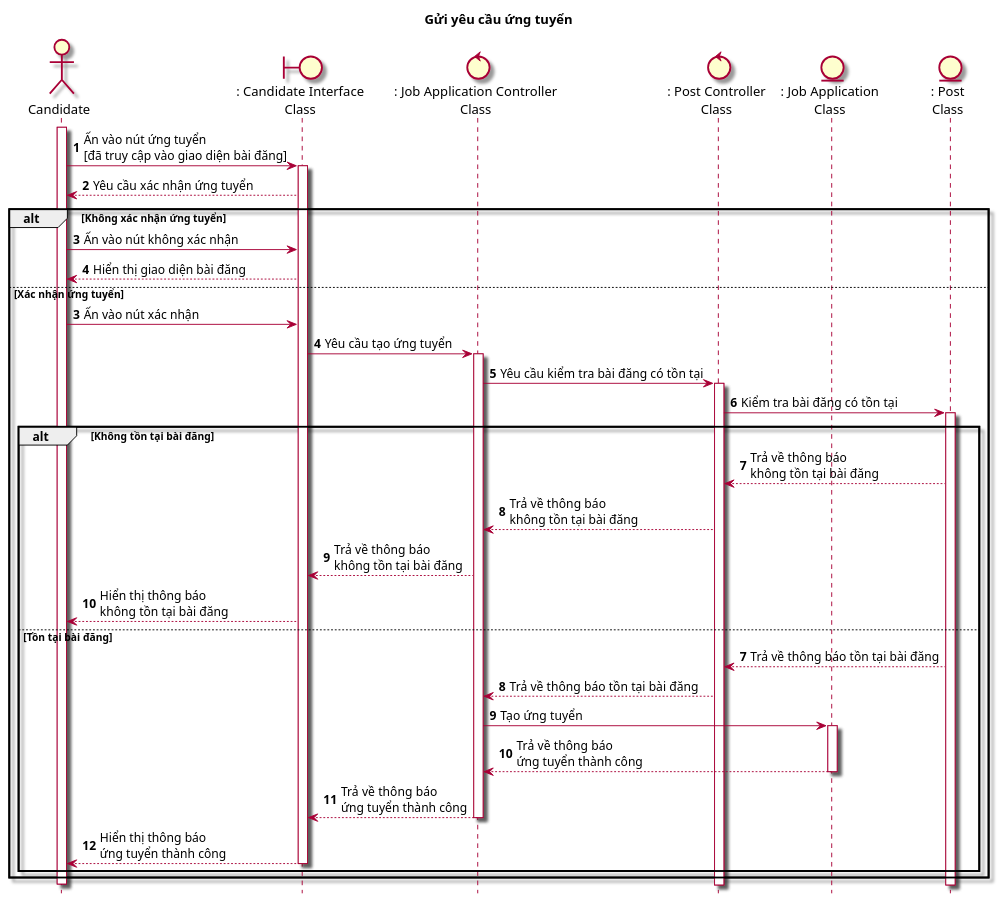
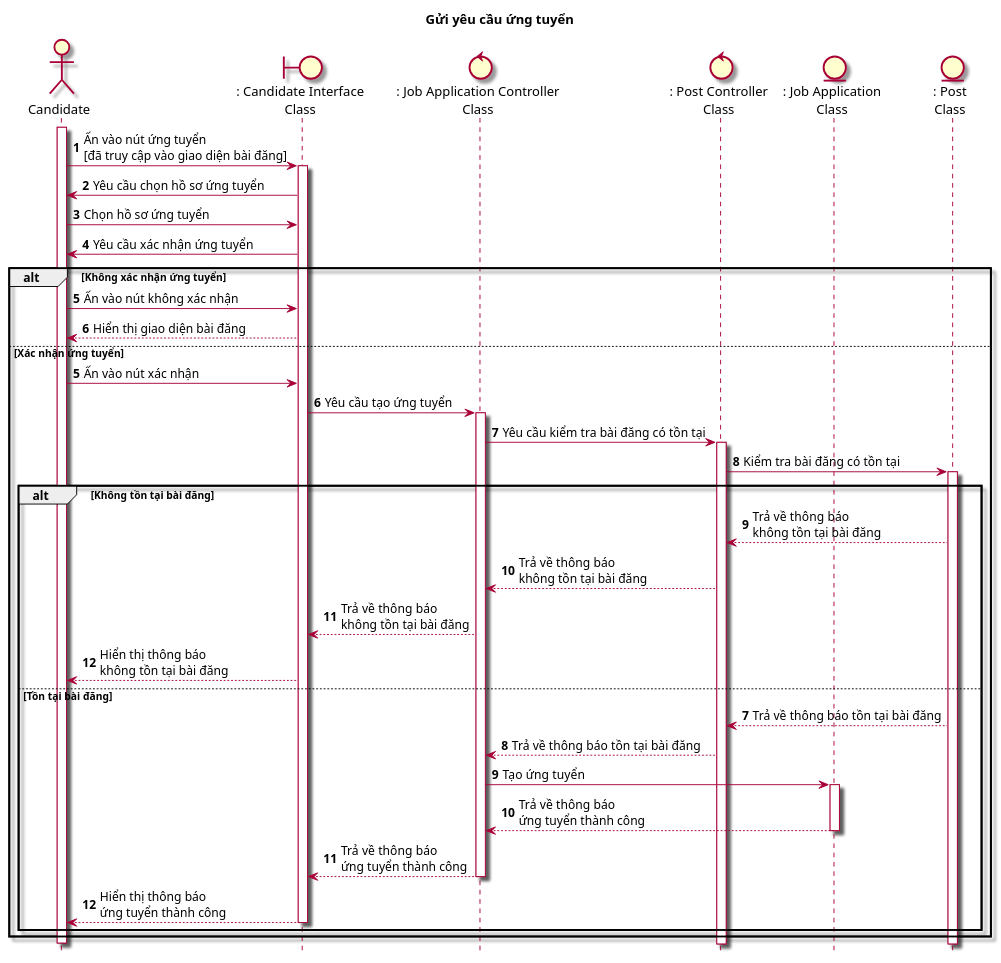
One commit to Griselda4774/EAS-EmploymentAssistanceSystem changed the diagram in Lab1/Lab 1.2 Diagram/Sequence/FilePUML/9.1. SeqNopYeuCauUngTuyen.puml. Above: the diagram before and after it, drawn with PlantUML. The commit also changed 2 other files, not shown here.

```diff
--- a/Lab1/Lab 1.2 Diagram/Sequence/FilePUML/9.1. SeqNopYeuCauUngTuyen.puml
+++ b/Lab1/Lab 1.2 Diagram/Sequence/FilePUML/9.1. SeqNopYeuCauUngTuyen.puml
@@ -1,44 +1,46 @@
 @startuml SeqGuiYeuCauUngTuyen
 
 skin rose
 hide footbox
 title Gửi yêu cầu ứng tuyển
 
 actor Candidate as candidate
 boundary ": Candidate Interface\nClass" as candidateInterface
 control ": Job Application Controller\nClass" as jobApplicationController
 control ": Post Controller\nClass" as postController
 entity ": Job Application\nClass" as jobApplicationClass
 entity ": Post\nClass" as postClass
 
 autonumber
 candidate++
 candidate -> candidateInterface++: Ấn vào nút ứng tuyển\n[đã truy cập vào giao diện bài đăng]
-candidateInterface --> candidate: Yêu cầu xác nhận ứng tuyển
+candidateInterface -> candidate: Yêu cầu chọn hồ sơ ứng tuyển
+candidate -> candidateInterface: Chọn hồ sơ ứng tuyển
+candidateInterface -> candidate: Yêu cầu xác nhận ứng tuyển
 alt Không xác nhận ứng tuyển
     candidate -> candidateInterface: Ấn vào nút không xác nhận
     candidateInterface --> candidate: Hiển thị giao diện bài đăng
 else Xác nhận ứng tuyển
-    autonumber 3
+    autonumber 5
     candidate -> candidateInterface: Ấn vào nút xác nhận
     candidateInterface -> jobApplicationController++: Yêu cầu tạo ứng tuyển
     jobApplicationController -> postController++: Yêu cầu kiểm tra bài đăng có tồn tại
     postController -> postClass++: Kiểm tra bài đăng có tồn tại
     alt Không tồn tại bài đăng
         postClass --> postController: Trả về thông báo\nkhông tồn tại bài đăng
         postController --> jobApplicationController: Trả về thông báo\nkhông tồn tại bài đăng
         jobApplicationController --> candidateInterface: Trả về thông báo\nkhông tồn tại bài đăng
         candidateInterface --> candidate: Hiển thị thông báo\nkhông tồn tại bài đăng
     else Tồn tại bài đăng
         autonumber 7
         postClass --> postController: Trả về thông báo tồn tại bài đăng
         postController --> jobApplicationController: Trả về thông báo tồn tại bài đăng
         jobApplicationController -> jobApplicationClass++: Tạo ứng tuyển
         jobApplicationClass --> jobApplicationController--: Trả về thông báo\nứng tuyển thành công
         jobApplicationController --> candidateInterface--: Trả về thông báo\nứng tuyển thành công
         candidateInterface --> candidate--: Hiển thị thông báo\nứng tuyển thành công
         end
 end
 candidate--
 
 @enduml
```
